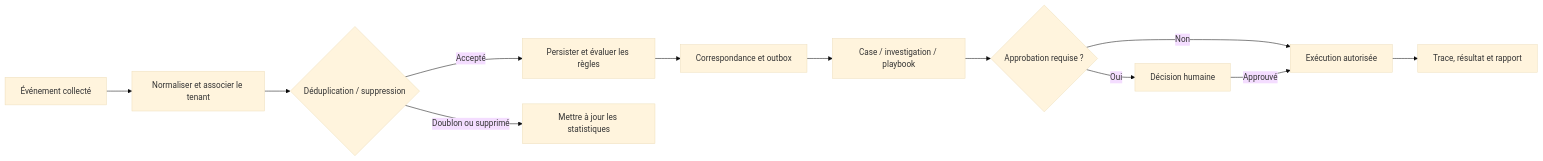
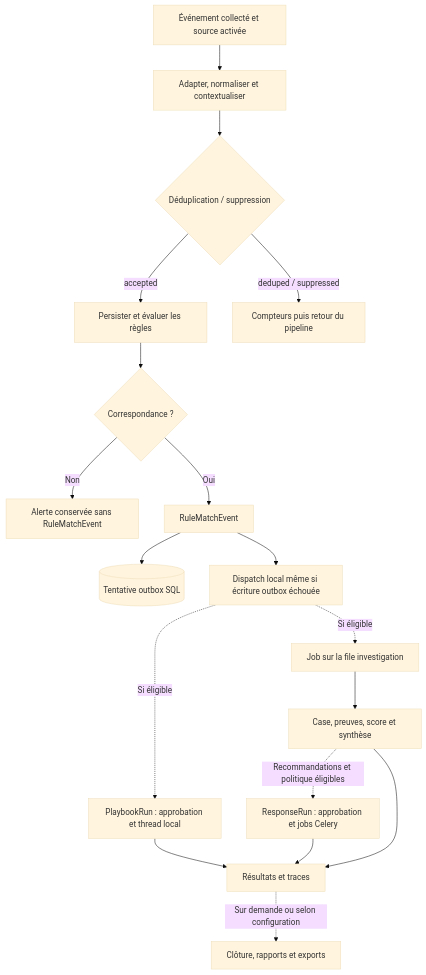
The second of 3 diagrams in README.md (saif-infinity/Sentinel-Bridge-soc), drawn with Mermaid (base theme) before and after one commit. The commit also changed other lines of this file and 11 other files, not shown here.

````diff
--- a/README.md
+++ b/README.md
@@ -238,14 +297,20 @@
 ```mermaid
-flowchart LR
-    A[Événement collecté] --> B[Normaliser et associer le tenant]
+flowchart TB
+    A[Événement collecté et source activée] --> B[Adapter, normaliser et contextualiser]
     B --> C{Déduplication / suppression}
-    C -->|Accepté| D[Persister et évaluer les règles]
-    C -->|Doublon ou supprimé| E[Mettre à jour les statistiques]
-    D --> F[Correspondance et outbox]
-    F --> G[Case / investigation / playbook]
-    G --> H{Approbation requise ?}
-    H -->|Oui| I[Décision humaine]
-    H -->|Non| J[Exécution autorisée]
-    I -->|Approuvé| J
-    J --> K[Trace, résultat et rapport]
+    C -->|accepted| D[Persister et évaluer les règles]
+    C -->|deduped / suppressed| E[Compteurs puis retour du pipeline]
+    D --> F{Correspondance ?}
+    F -->|Non| N[Alerte conservée sans RuleMatchEvent]
+    F -->|Oui| M[RuleMatchEvent]
+    M --> O[(Tentative outbox SQL)]
+    M --> BUS[Dispatch local même si écriture outbox échouée]
+    BUS -.->|Si éligible| I[Job sur la file investigation]
+    BUS -.->|Si éligible| S[PlaybookRun : approbation et thread local]
+    I --> V[Case, preuves, score et synthèse]
+    V -.->|Recommandations et politique éligibles| R[ResponseRun : approbation et jobs Celery]
+    S --> T[Résultats et traces]
+    R --> T
+    V --> T
+    T -.->|Sur demande ou selon configuration| Z[Clôture, rapports et exports]
 ```
````
